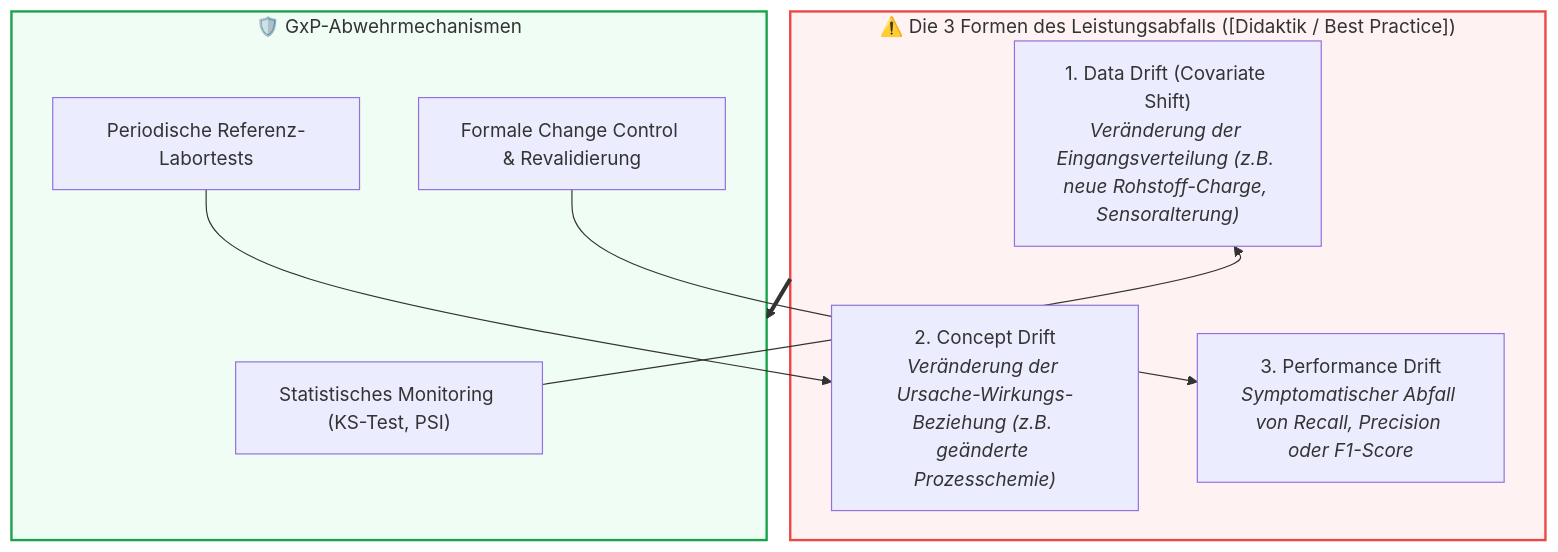
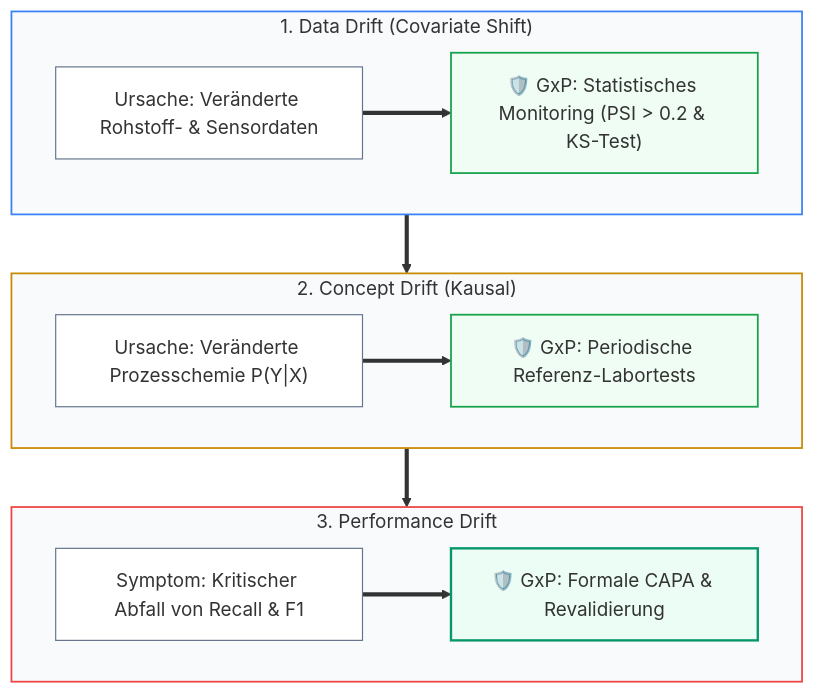
One commit to Lunaman06/Annex22 changed the diagram in docs/de/module_11_lifecycle_continuous_monitoring.md. Above: the diagram before and after it, drawn with Mermaid. The commit also changed 29 other files, not shown here.

Commit message:
style(docs): optimize mermaid diagram aspect ratios, edge flows and legibility across all DE and EN modules

````diff
--- a/docs/de/module_11_lifecycle_continuous_monitoring.md
+++ b/docs/de/module_11_lifecycle_continuous_monitoring.md
@@ -22,19 +22,29 @@
 ```mermaid
 flowchart TD
-    subgraph DriftTypes["⚠️ Die 3 Formen des Leistungsabfalls ([Didaktik / Best Practice])"]
-        D1["1. Data Drift (Covariate Shift)<br/><i>Veränderung der Eingangsverteilung (z.B. neue Rohstoff-Charge, Sensoralterung)</i>"]
-        D2["2. Concept Drift<br/><i>Veränderung der Ursache-Wirkungs-Beziehung (z.B. geänderte Prozesschemie)</i>"]
-        D3["3. Performance Drift<br/><i>Symptomatischer Abfall von Recall, Precision oder F1-Score</i>"]
+    subgraph S1["1. Data Drift (Covariate Shift)"]
+        direction LR
+        D1["Ursache: Veränderte Rohstoff- & Sensordaten"] ==> C1["🛡️ GxP: Statistisches Monitoring (PSI > 0.2 & KS-Test)"]
     end
 
-    subgraph Defense["🛡️ GxP-Abwehrmechanismen"]
-        C1["Statistisches Monitoring (KS-Test, PSI)"] --> D1
-        C2["Periodische Referenz-Labortests"] --> D2
-        C3["Formale Change Control & Revalidierung"] --> D3
+    subgraph S2["2. Concept Drift (Kausal)"]
+        direction LR
+        D2["Ursache: Veränderte Prozesschemie P(Y|X)"] ==> C2["🛡️ GxP: Periodische Referenz-Labortests"]
     end
 
-    DriftTypes ==> Defense
+    subgraph S3["3. Performance Drift"]
+        direction LR
+        D3["Symptom: Kritischer Abfall von Recall & F1"] ==> C3["🛡️ GxP: Formale CAPA & Revalidierung"]
+    end
 
-    style DriftTypes fill:#fef2f2,stroke:#ef4444,stroke-width:2px
-    style Defense fill:#f0fdf4,stroke:#16a34a,stroke-width:2px
+    S1 ==> S2 ==> S3
+
+    style S1 fill:#f8fafc,stroke:#3b82f6,stroke-width:1.5px
+    style S2 fill:#f8fafc,stroke:#ca8a04,stroke-width:1.5px
+    style S3 fill:#f8fafc,stroke:#ef4444,stroke-width:1.5px
+    style D1 fill:#ffffff,stroke:#64748b,stroke-width:1px
+    style C1 fill:#f0fdf4,stroke:#16a34a,stroke-width:1.5px
+    style D2 fill:#ffffff,stroke:#64748b,stroke-width:1px
+    style C2 fill:#f0fdf4,stroke:#16a34a,stroke-width:1.5px
+    style D3 fill:#ffffff,stroke:#64748b,stroke-width:1px
+    style C3 fill:#ecfdf5,stroke:#059669,stroke-width:2px
 ```
````
